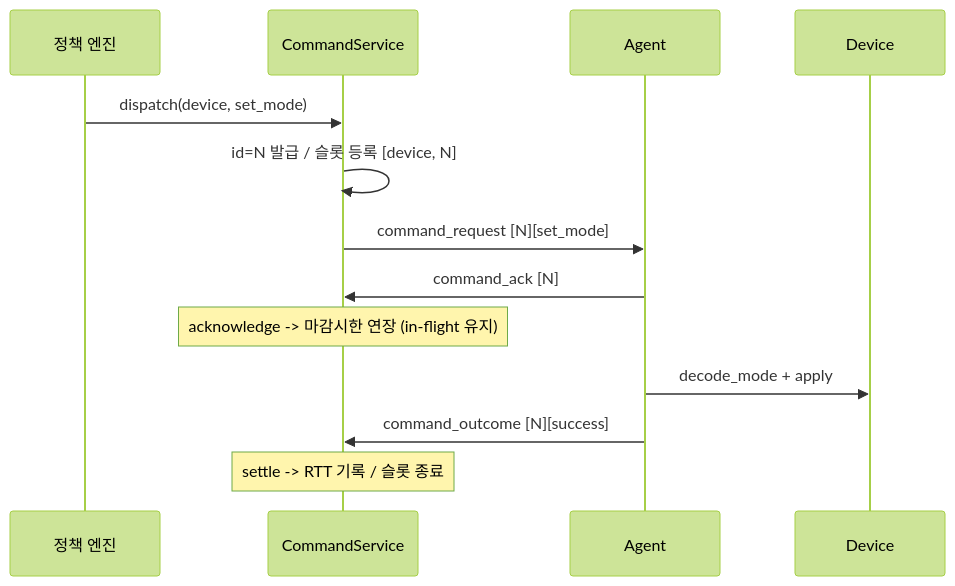
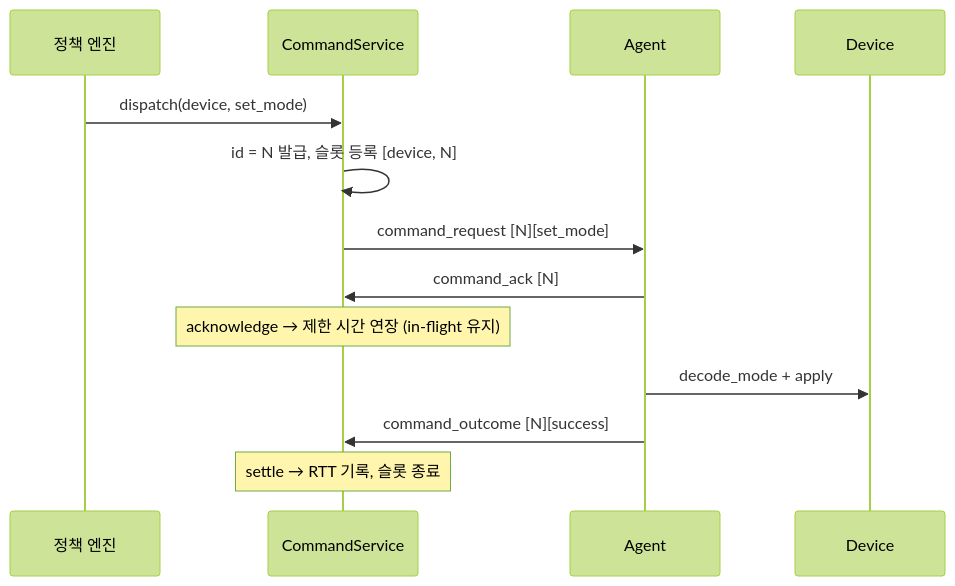
Before and after one commit to dnlfis42/ddcs: the fifth of 8 diagrams in docs/ARCHITECTURE.md, drawn with Mermaid (forest theme). The commit also changed other lines of this file and 8 other files, not shown here.

````diff
--- a/docs/ARCHITECTURE.md
+++ b/docs/ARCHITECTURE.md
@@ -283,15 +286,15 @@
 ```mermaid
 sequenceDiagram
   participant POL as 정책 엔진
   participant CS as CommandService
   participant AG as Agent
   participant DEV as Device
   POL->>CS: dispatch(device, set_mode)
-  CS->>CS: id=N 발급 / 슬롯 등록 [device, N]
+  CS->>CS: id = N 발급, 슬롯 등록 [device, N]
   CS->>AG: command_request [N][set_mode]
   AG->>CS: command_ack [N]
-  Note over CS: acknowledge -> 마감시한 연장 (in-flight 유지)
+  Note over CS: acknowledge → 제한 시간 연장 (in-flight 유지)
   AG->>DEV: decode_mode + apply
   AG->>CS: command_outcome [N][success]
-  Note over CS: settle -> RTT 기록 / 슬롯 종료
+  Note over CS: settle → RTT 기록, 슬롯 종료
 ```
````
